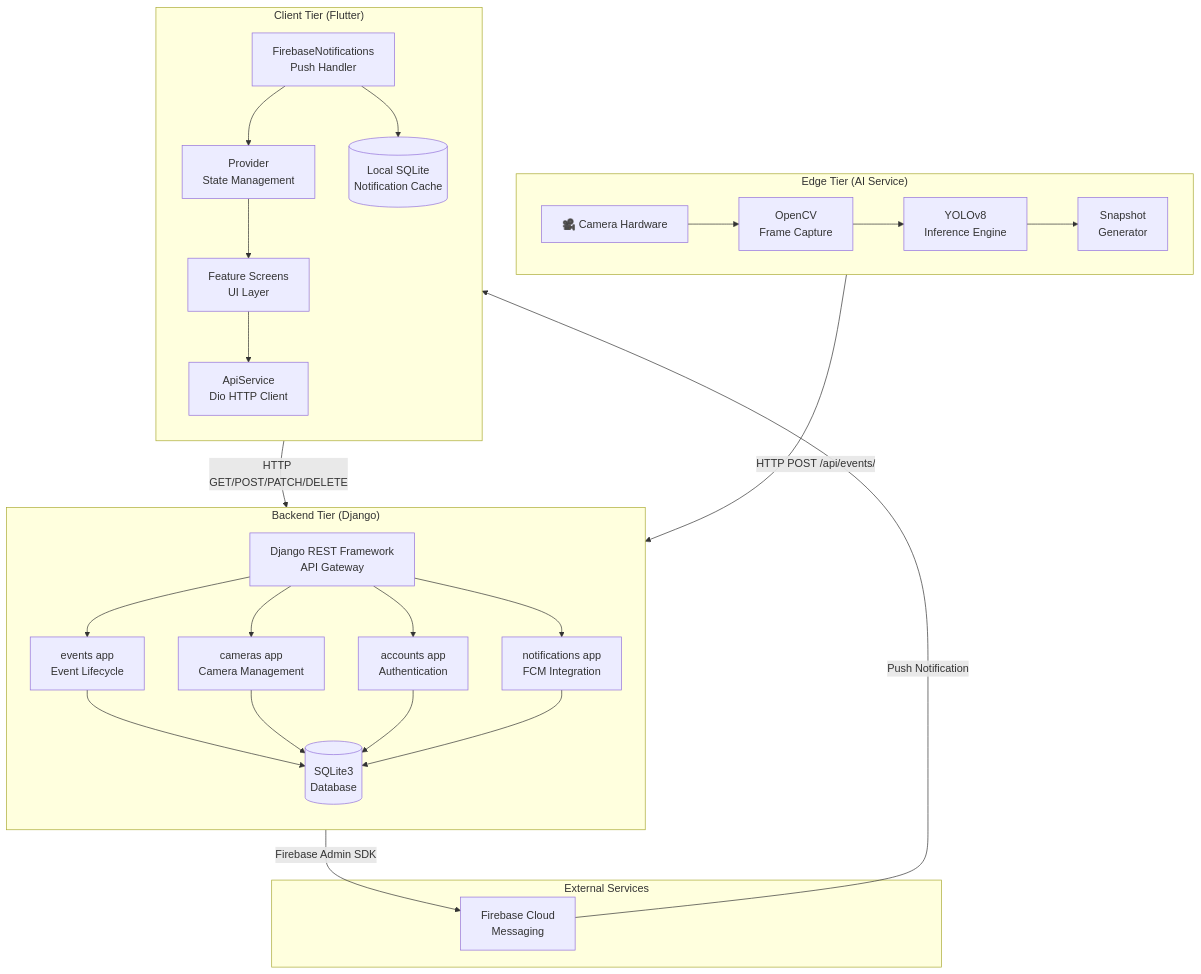
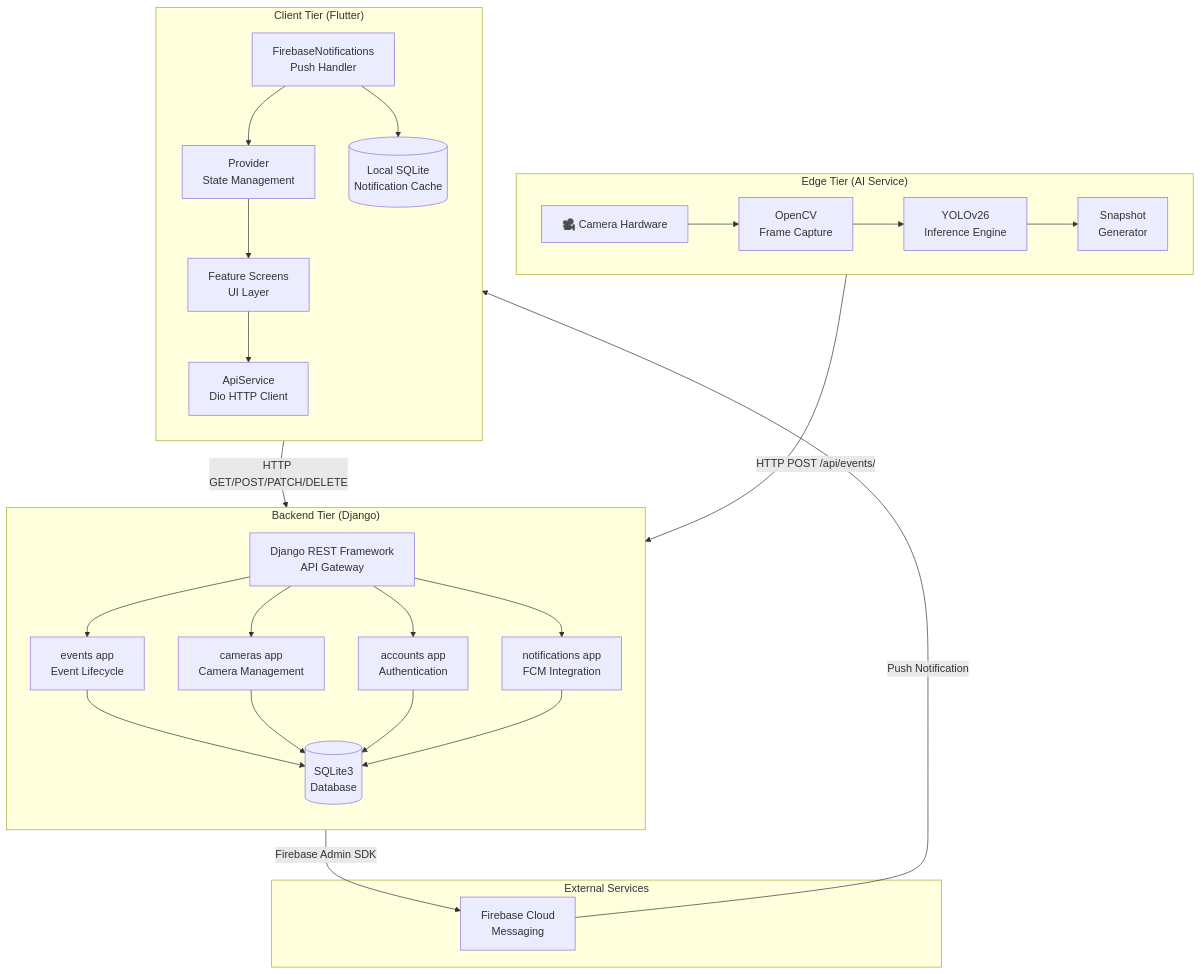
Before and after one commit to mostafaabdoelgohary2003AI/fireguard-graduation-project: the first of 11 diagrams in docs/architecture.md, drawn with Mermaid. The commit also changed other lines of this file, not shown here.

Commit message:
Update YOLO inference engine version to YOLOv26

````diff
--- a/docs/architecture.md
+++ b/docs/architecture.md
@@ -7,51 +7,51 @@
 ```mermaid
 graph TB
     subgraph EDGE["Edge Tier (AI Service)"]
         direction LR
         CAM[🎥 Camera Hardware]
         CV[OpenCV<br/>Frame Capture]
-        YOLO[YOLOv8<br/>Inference Engine]
+        YOLO[YOLOv26<br/>Inference Engine]
         SNAP[Snapshot<br/>Generator]
     end
 
     subgraph BACKEND_TIER["Backend Tier (Django)"]
         direction TB
         DRF[Django REST Framework<br/>API Gateway]
         AUTH_APP[accounts app<br/>Authentication]
         CAM_APP[cameras app<br/>Camera Management]
         EVT_APP[events app<br/>Event Lifecycle]
         NOTIF_APP[notifications app<br/>FCM Integration]
         SQLITE[(SQLite3<br/>Database)]
     end
 
     subgraph CLIENT_TIER["Client Tier (Flutter)"]
         direction TB
         API_SVC[ApiService<br/>Dio HTTP Client]
         PROVIDERS[Provider<br/>State Management]
         SCREENS[Feature Screens<br/>UI Layer]
         FCM_CLIENT[FirebaseNotifications<br/>Push Handler]
         LOCAL_DB[(Local SQLite<br/>Notification Cache)]
     end
 
     subgraph EXTERNAL["External Services"]
         FCM[Firebase Cloud<br/>Messaging]
     end
 
     CAM --> CV --> YOLO --> SNAP
     SNAP -->|HTTP POST /api/events/| DRF
     DRF --> AUTH_APP
     DRF --> CAM_APP
     DRF --> EVT_APP
     DRF --> NOTIF_APP
     EVT_APP --> SQLITE
     CAM_APP --> SQLITE
     AUTH_APP --> SQLITE
     NOTIF_APP --> SQLITE
     NOTIF_APP -->|Firebase Admin SDK| FCM
     FCM -->|Push Notification| FCM_CLIENT
     FCM_CLIENT --> PROVIDERS
     FCM_CLIENT --> LOCAL_DB
     PROVIDERS --> SCREENS
     API_SVC -->|HTTP GET/POST/PATCH/DELETE| DRF
     SCREENS --> API_SVC
 ```
````
